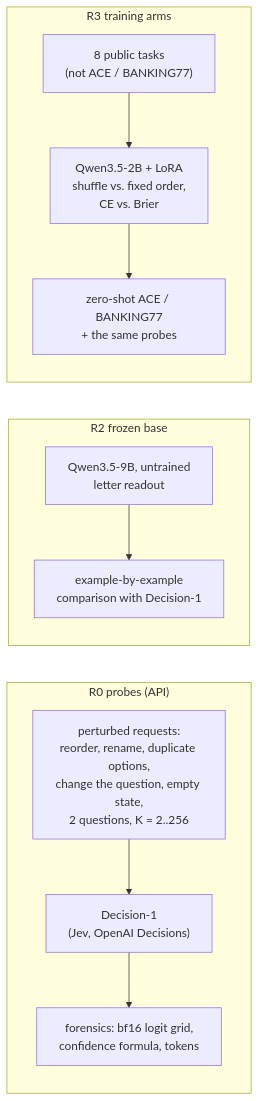
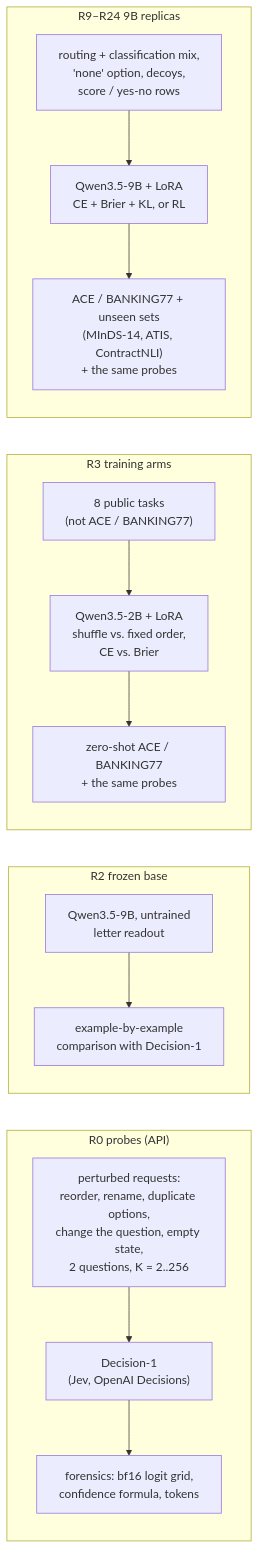
One commit to karolzak/llm-decisions changed diagram 16 of 17 in docs/methods.md. Above: the diagram before and after it, drawn with Mermaid. The commit also changed other lines of this file and 9 other files, not shown here.

````diff
--- a/docs/methods.md
+++ b/docs/methods.md
@@ -348,14 +349,18 @@
 ```mermaid
 flowchart LR
   subgraph R0["R0 probes (API)"]
     P["perturbed requests:<br/>reorder, rename, duplicate options,<br/>change the question, empty state,<br/>2 questions, K = 2..256"] --> D1["Decision-1<br/>(Jev, OpenAI Decisions)"]
     D1 --> F["forensics: bf16 logit grid,<br/>confidence formula, tokens"]
   end
   subgraph R2["R2 frozen base"]
     Q9["Qwen3.5-9B, untrained<br/>letter readout"] --> CMP["example-by-example<br/>comparison with Decision-1"]
   end
   subgraph R3["R3 training arms"]
     C["8 public tasks<br/>(not ACE / BANKING77)"] --> L["Qwen3.5-2B + LoRA<br/>shuffle vs. fixed order,<br/>CE vs. Brier"]
     L --> E["zero-shot ACE / BANKING77<br/>+ the same probes"]
   end
+  subgraph R9["R9–R24 9B replicas"]
+    C9["routing + classification mix,<br/>'none' option, decoys,<br/>score / yes-no rows"] --> L9["Qwen3.5-9B + LoRA<br/>CE + Brier + KL, or RL"]
+    L9 --> E9["ACE / BANKING77 + unseen sets<br/>(MInDS-14, ATIS, ContractNLI)<br/>+ the same probes"]
+  end
 ```
````
